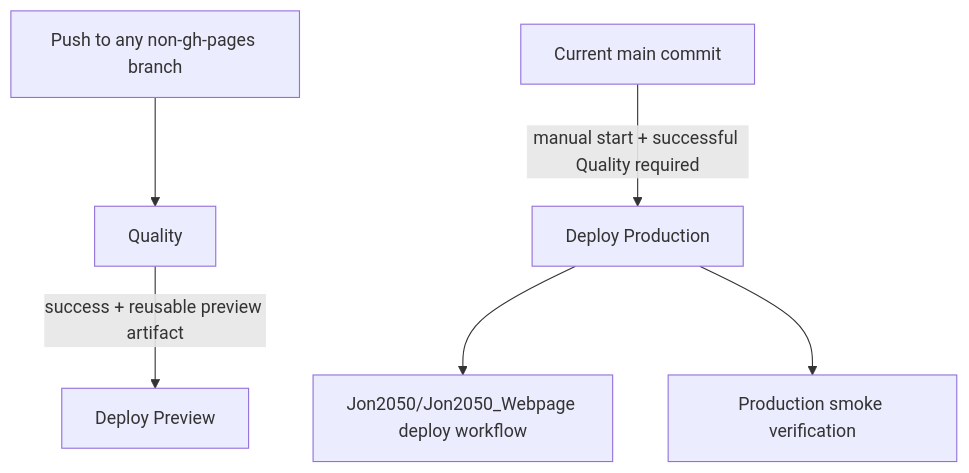
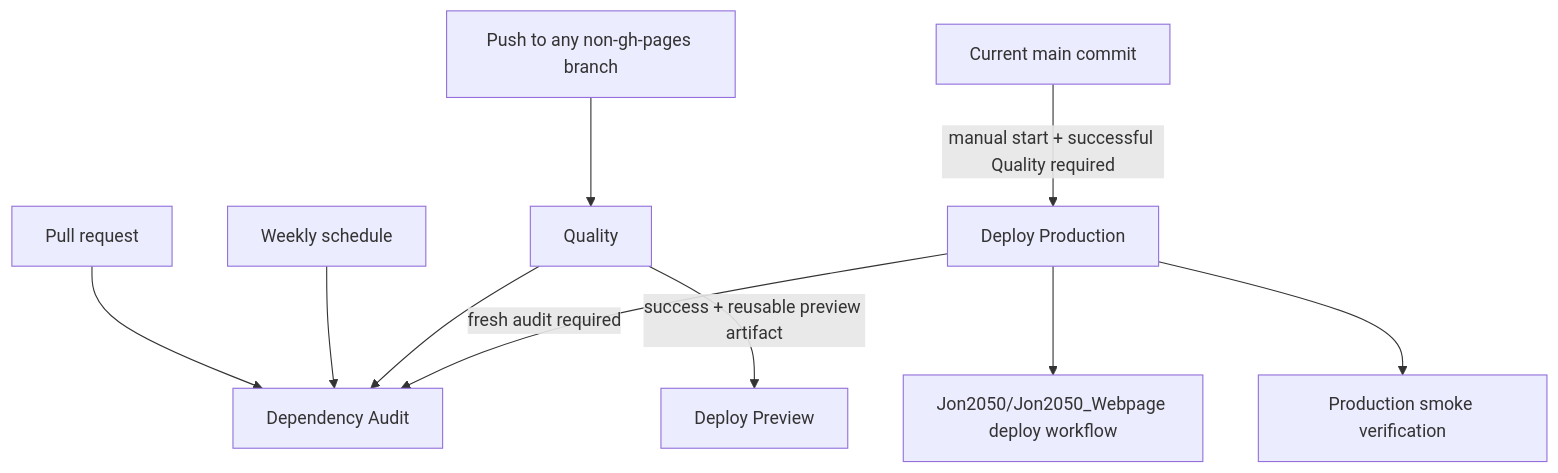
Before and after one commit to Jon2050/Conspectus-Mobile: the diagram in docs/CI-CD-Pipelines.md, drawn with Mermaid. The commit also changed other lines of this file and 10 other files, not shown here.

````diff
--- a/docs/CI-CD-Pipelines.md
+++ b/docs/CI-CD-Pipelines.md
@@ -14,8 +14,12 @@
 ```mermaid
 flowchart TD
   Push[Push to any non-gh-pages branch] --> Quality[Quality]
+  PR[Pull request] --> Audit[Dependency Audit]
+  Schedule[Weekly schedule] --> Audit
+  Quality --> Audit
   Quality -->|success + reusable preview artifact| Preview[Deploy Preview]
   Main[Current main commit] -->|manual start + successful Quality required| Production[Deploy Production]
+  Production -->|fresh audit required| Audit
   Production --> Website[Jon2050/Jon2050_Webpage deploy workflow]
   Production --> Smoke[Production smoke verification]
 ```
````
